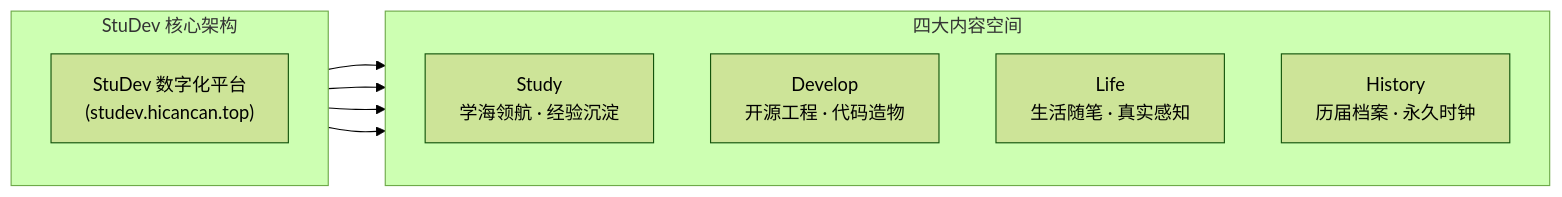
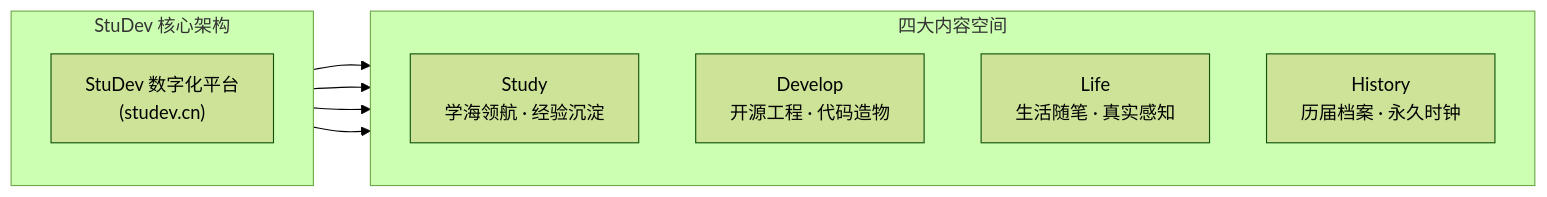
Before and after one commit to NJUPT-CS-StuDev/studev: the second of 3 diagrams in src/content/about/organizational-genesis.md, drawn with Mermaid (forest theme). The commit also changed 17 other files, not shown here.

First line of the commit message:
feat(site): move StuDev to studev.cn

````diff
--- a/src/content/about/organizational-genesis.md
+++ b/src/content/about/organizational-genesis.md
@@ -154,20 +154,20 @@
 ```mermaid
 flowchart LR
     subgraph Core["StuDev 核心架构"]
         direction TB
-        C["StuDev 数字化平台<br/>(studev.hicancan.top)"]
+        C["StuDev 数字化平台<br/>(studev.cn)"]
     end
 
     subgraph Sections["四大内容空间"]
         direction TB
         S1["Study<br/>学海领航 · 经验沉淀"]
         S2["Develop<br/>开源工程 · 代码造物"]
         S3["Life<br/>生活随笔 · 真实感知"]
         S4["History<br/>历届档案 · 永久时钟"]
     end
 
     C --> S1
     C --> S2
     C --> S3
     C --> S4
 ```
````
